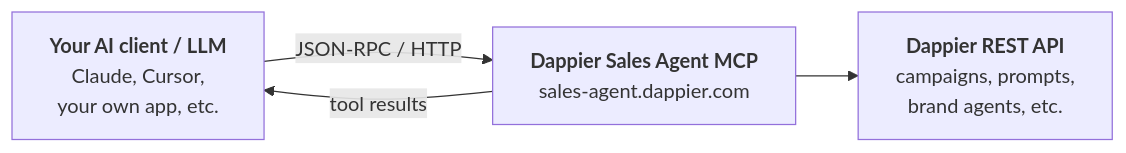
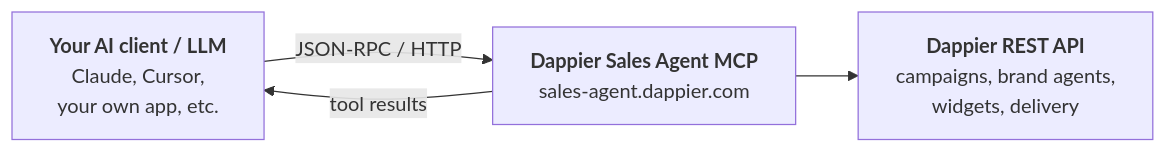
The diagram in sales-agent-mcp.mdx (DappierAI/mintlify-docs), drawn with Mermaid before and after one commit. The commit also changed other lines of this file, not shown here.

````diff
--- a/sales-agent-mcp.mdx
+++ b/sales-agent-mcp.mdx
@@ -31,10 +22,10 @@
 ```mermaid
 flowchart LR
     A["<b>Your AI client / LLM</b><br/>Claude, Cursor,<br/>your own app, etc."]
     B["<b>Dappier Sales Agent MCP</b><br/>sales-agent.dappier.com"]
-    C["<b>Dappier REST API</b><br/>campaigns, prompts,<br/>brand agents, etc."]
+    C["<b>Dappier REST API</b><br/>campaigns, brand agents,<br/>widgets, delivery"]
 
     A -- "JSON-RPC / HTTP" --> B
     B -- "tool results" --> A
     B --> C
 ```
````
